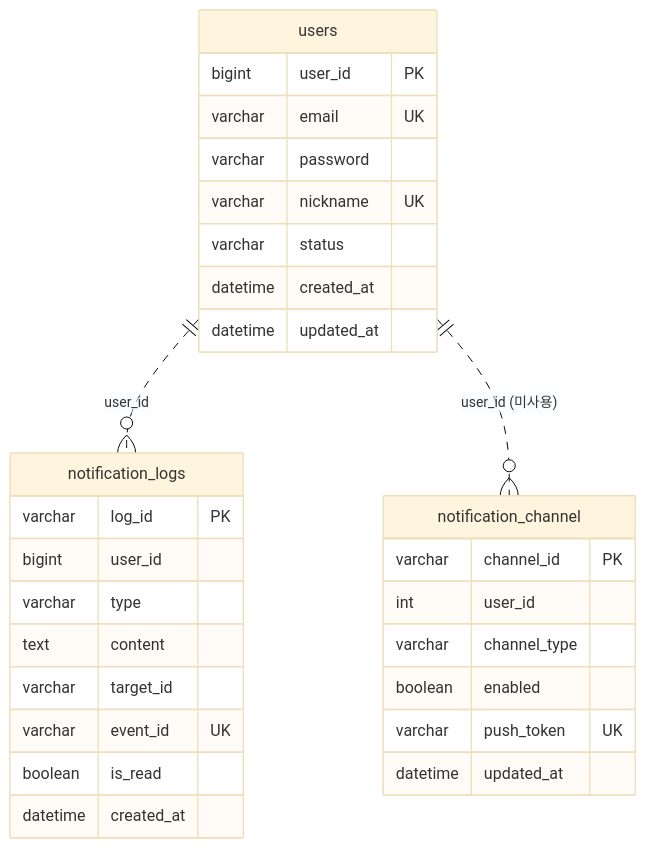
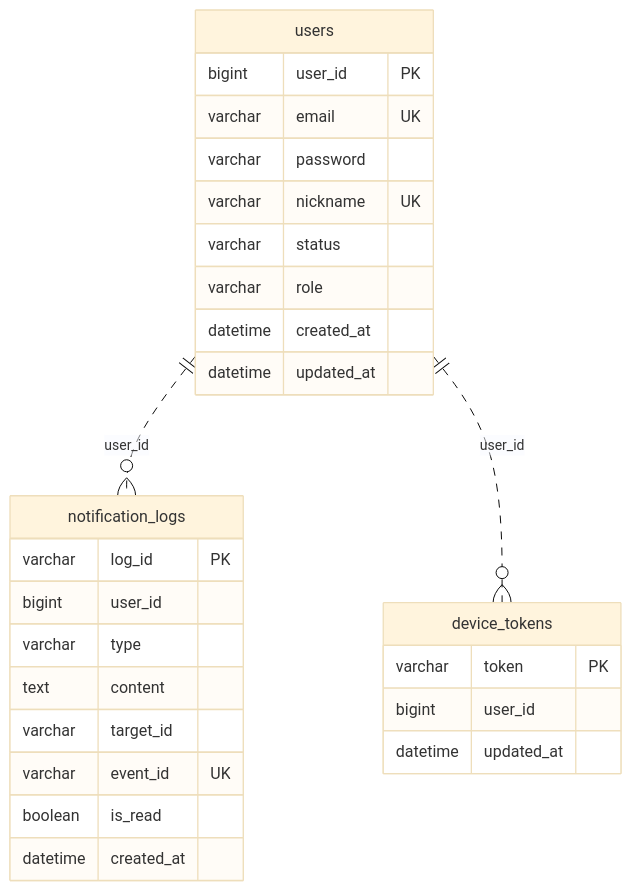
One commit to duckfairy-wak/fitzza_msa_finalproject changed the diagram in docs/erd/notification-service.mmd. Above: the diagram before and after it, drawn with Mermaid (base theme). The commit also changed 28 other files, not shown here.

First line of the commit message:
[Docs]_03/Align_ERD_With_Implemented_Schema

```diff
--- a/docs/erd/notification-service.mmd
+++ b/docs/erd/notification-service.mmd
@@ -1,44 +1,41 @@
 erDiagram
     %% Central service: notification-service
     %% Source: ../entity-relationship-diagram.mmd
     %% Original columns, cardinalities and line styles preserved.
     %% || = exactly one; o| = zero or one; o{ = zero or more; |{ = one or more.
     %% Edge labels name the referencing column in the child table.
     %% Cross-service edges are logical references, not cross-schema FK or direct access.
-    %% Owned tables: notification_channel, notification_logs
+    %% Owned tables: device_tokens, notification_logs
     %% External table: users (user-service)
-    %% notification_channel is marked unused in the original ERD.
 
     %% Internal and directly connected external relationships
     users ||..o{ notification_logs : "user_id"
-    users ||..o{ notification_channel : "user_id (미사용)"
+    users ||..o{ device_tokens : "user_id"
 
-    notification_channel {
-        varchar channel_id PK
-        int user_id
-        varchar channel_type
-        boolean enabled
-        varchar push_token UK
+    device_tokens {
+        varchar token PK
+        bigint user_id
         datetime updated_at
     }
 
     notification_logs {
         varchar log_id PK
         bigint user_id
         varchar type
         text content
         varchar target_id
         varchar event_id UK
         boolean is_read
         datetime created_at
     }
 
     users {
         bigint user_id PK
         varchar email UK
         varchar password
         varchar nickname UK
         varchar status
+        varchar role
         datetime created_at
         datetime updated_at
     }
```
